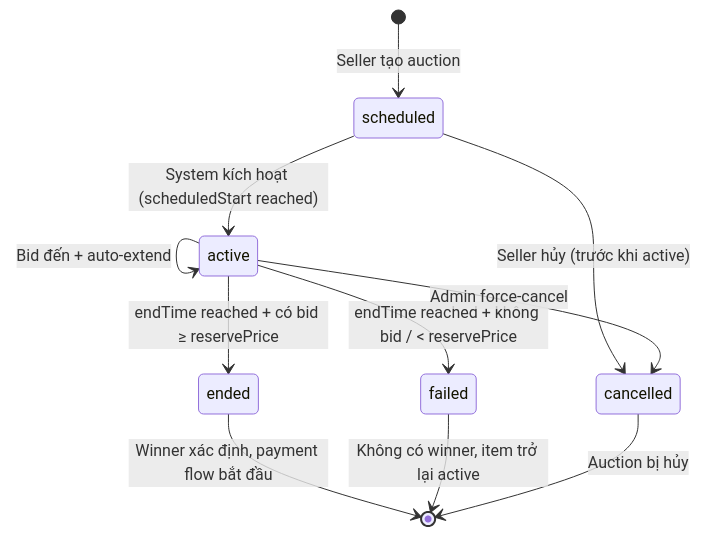
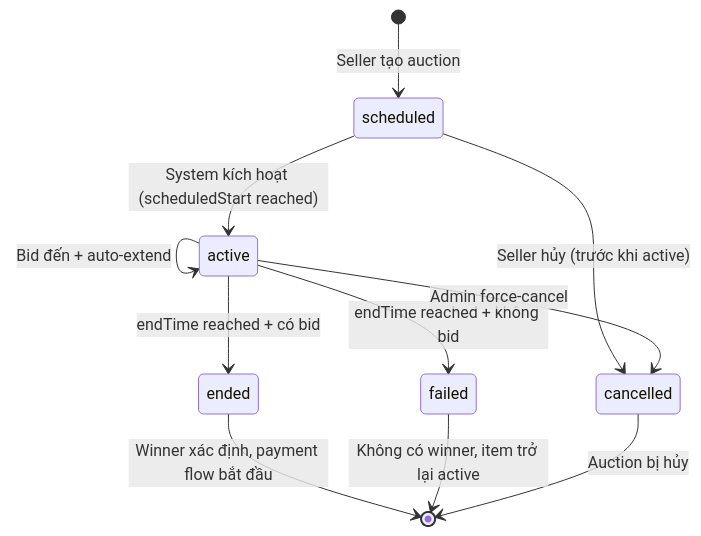
Before and after one commit to Truc54/CocoFly: the first of 4 diagrams in COCOFLY_BRD.md, drawn with Mermaid. The commit also changed other lines of this file and 1 other file, not shown here.

Commit message:
refactor: remove reservePrice from auction schema and documentation

````diff
--- a/COCOFLY_BRD.md
+++ b/COCOFLY_BRD.md
@@ -454,13 +454,13 @@
 ```mermaid
 stateDiagram-v2
     [*] --> scheduled : Seller tạo auction
     scheduled --> active : System kích hoạt (scheduledStart reached)
     scheduled --> cancelled : Seller hủy (trước khi active)
     active --> active : Bid đến + auto-extend
-    active --> ended : endTime reached + có bid ≥ reservePrice
-    active --> failed : endTime reached + không bid / < reservePrice
+    active --> ended : endTime reached + có bid
+    active --> failed : endTime reached + không bid
     active --> cancelled : Admin force-cancel
     ended --> [*] : Winner xác định, payment flow bắt đầu
     failed --> [*] : Không có winner, item trở lại active
     cancelled --> [*] : Auction bị hủy
 ```
````
